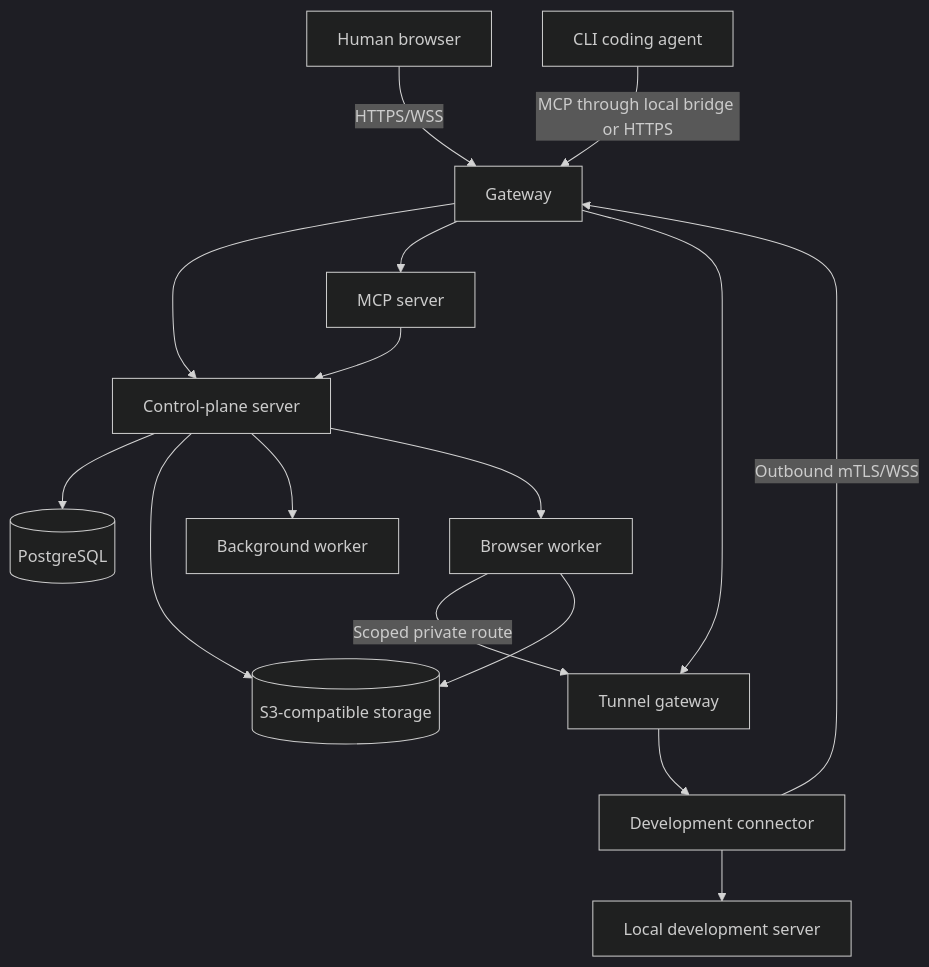
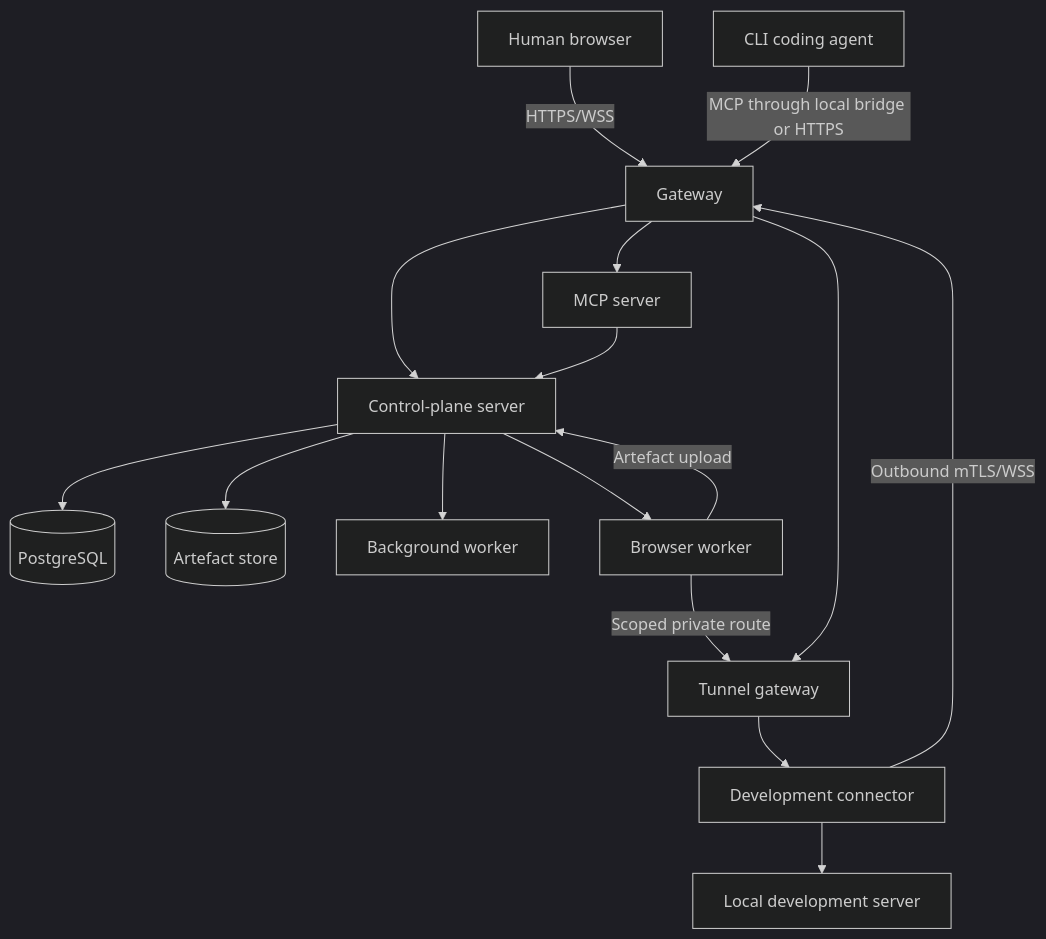
One commit to danjonesio/reviewplane changed the first of 2 diagrams in docs/ARCHITECTURE.md. Above: the diagram before and after it, drawn with Mermaid (dark theme). The commit also changed other lines of this file and 18 other files, not shown here.

Commit message:
ADR-0011 and ADR-0012: Vite React SPA; pluggable artefact store

````diff
--- a/docs/ARCHITECTURE.md
+++ b/docs/ARCHITECTURE.md
@@ -21,18 +21,18 @@
 ```mermaid
 flowchart TB
     Human[Human browser] -->|HTTPS/WSS| Gateway
     Agent[CLI coding agent] -->|MCP through local bridge or HTTPS| Gateway
     Connector[Development connector] -->|Outbound mTLS/WSS| Gateway
     Gateway --> Control[Control-plane server]
     Gateway --> MCP[MCP server]
     Gateway --> Tunnel[Tunnel gateway]
     Control --> Postgres[(PostgreSQL)]
-    Control --> Objects[(S3-compatible storage)]
+    Control --> Objects[(Artefact store)]
     MCP --> Control
     Control --> Worker[Background worker]
     Control --> Browser[Browser worker]
     Browser -->|Scoped private route| Tunnel
     Tunnel --> Connector
     Connector --> DevServer[Local development server]
-    Browser --> Objects
+    Browser -->|Artefact upload| Control
 ```
````
